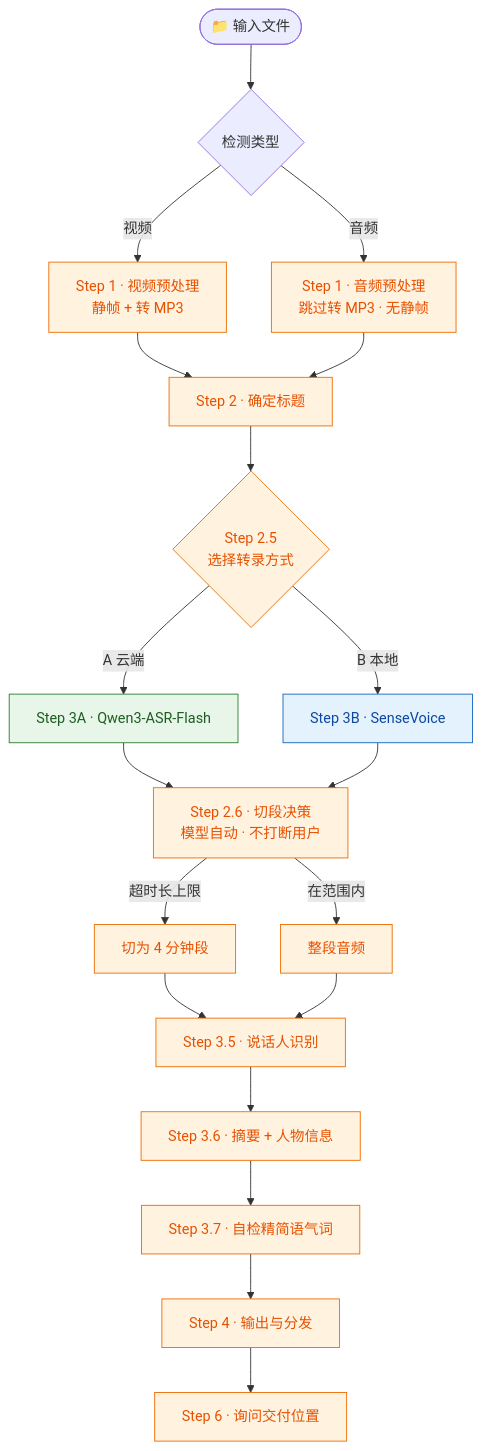
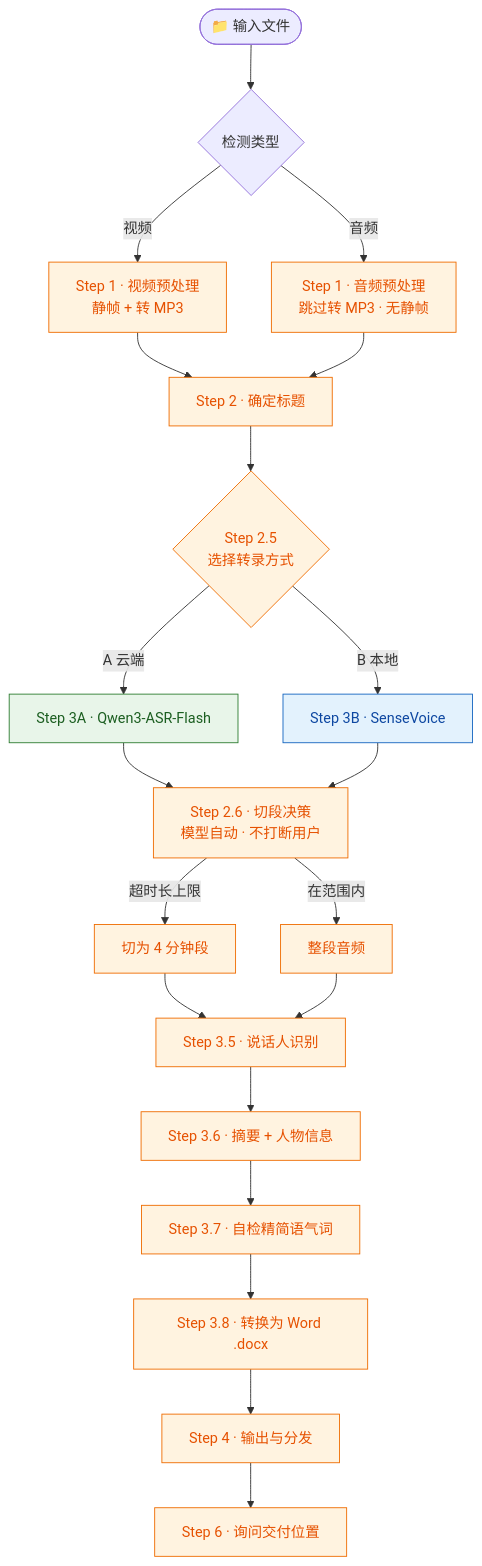
One commit to torylyj/interview-transcriber changed the diagram in README.md. Above: the diagram before and after it, drawn with Mermaid. The commit also changed other lines of this file and 4 other files, not shown here.

First line of the commit message:
feat: 最终交付改为 Word 文档（.docx），不再产出 .md

````diff
--- a/README.md
+++ b/README.md
@@ -152,30 +155,31 @@
 ```mermaid
 flowchart TD
     IN([📁 输入文件]) --> DET{检测类型}
     DET -->|视频| S1v[Step 1 · 视频预处理<br/>静帧 + 转 MP3]
     DET -->|音频| S1a[Step 1 · 音频预处理<br/>跳过转 MP3 · 无静帧]
     S1v --> S2[Step 2 · 确定标题]
     S1a --> S2
     S2 --> S25{Step 2.5<br/>选择转录方式}
     S25 -->|A 云端| S3A[Step 3A · Qwen3-ASR-Flash]
     S25 -->|B 本地| S3B[Step 3B · SenseVoice]
     S3A --> S26
     S3B --> S26
     S26[Step 2.6 · 切段决策<br/>模型自动 · 不打断用户]
     S26 -->|超时长上限| SEG[切为 4 分钟段]
     S26 -->|在范围内| NSEG[整段音频]
     SEG --> S35
     NSEG --> S35
     S35[Step 3.5 · 说话人识别] --> S36[Step 3.6 · 摘要 + 人物信息]
-    S36 --> S37[Step 3.7 · 自检精简语气词]
-    S37 --> S4[Step 4 · 输出与分发]
+    S36 -->     S37[Step 3.7 · 自检精简语气词]
+    S37 --> S38[Step 3.8 · 转换为 Word .docx]
+    S38 --> S4[Step 4 · 输出与分发]
     S4 --> S6[Step 6 · 询问交付位置]
 
     classDef cloud fill:#e8f5e9,stroke:#2e7d32,color:#1b5e20;
     classDef local fill:#e3f2fd,stroke:#1565c0,color:#0d47a1;
     classDef main fill:#fff3e0,stroke:#ef6c00,color:#e65100;
     class S3A cloud;
     class S3B local;
-    class S1v,S1a,S2,S25,S26,S35,S36,S37,S4,S6,SEG,NSEG main;
+    class S1v,S1a,S2,S25,S26,S35,S36,S37,S38,S4,S6,SEG,NSEG main;
     linkStyle default stroke-width:1px;
 ```
````
